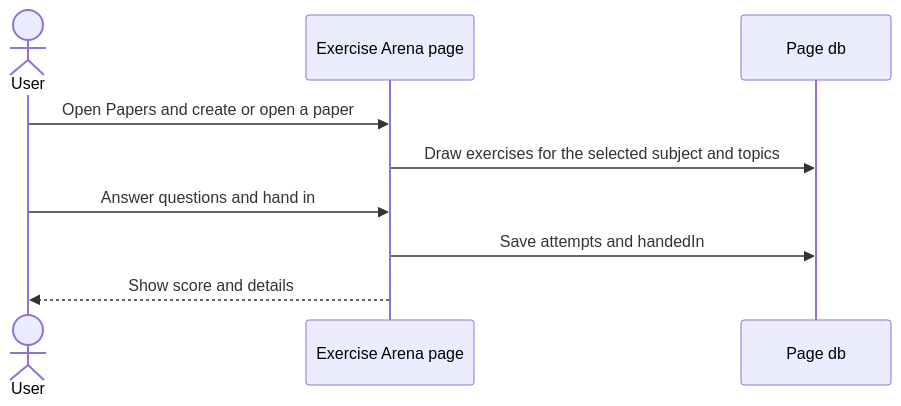
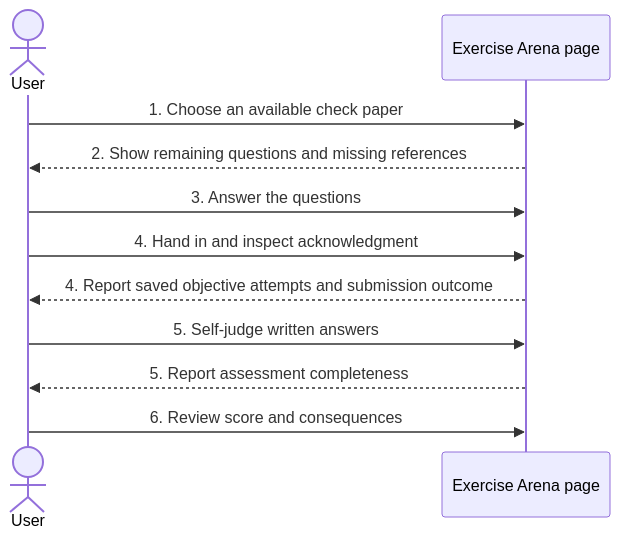
The diagram in journey/user/0003-take-a-check-paper.md (lengthlong/exercise_arena), drawn with Mermaid before and after one commit. The commit also changed other lines of this file and 27 other files, not shown here.

````diff
--- a/journey/user/0003-take-a-check-paper.md
+++ b/journey/user/0003-take-a-check-paper.md
@@ -8,11 +9,13 @@
 ```mermaid
 sequenceDiagram
     actor U as User
     participant P as Exercise Arena page
-    participant D as Page db
-    U->>P: Open Papers and create or open a paper
-    P->>D: Draw exercises for the selected subject and topics
-    U->>P: Answer questions and hand in
-    P->>D: Save attempts and handedIn
-    P-->>U: Show score and details
+    U->>P: 1. Choose an available check paper
+    P-->>U: 2. Show remaining questions and missing references
+    U->>P: 3. Answer the questions
+    U->>P: 4. Hand in and inspect acknowledgment
+    P-->>U: 4. Report saved objective attempts and submission outcome
+    U->>P: 5. Self-judge written answers
+    P-->>U: 5. Report assessment completeness
+    U->>P: 6. Review score and consequences
 ```
````
